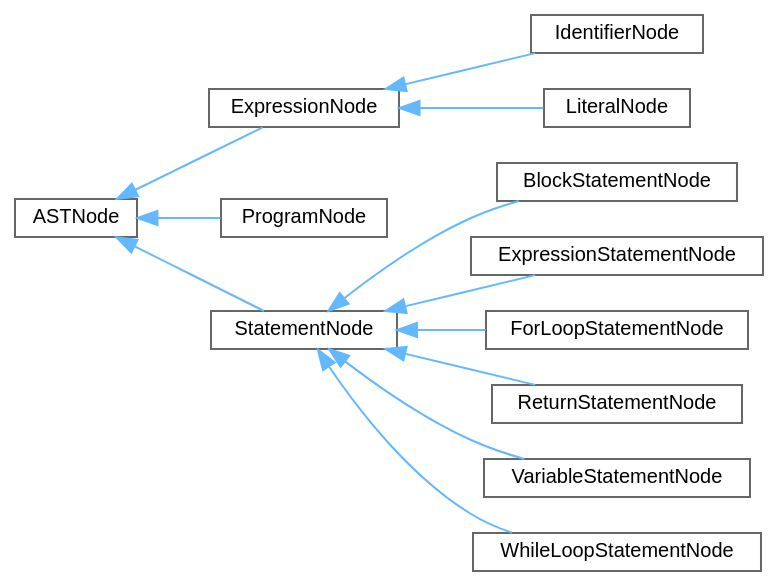
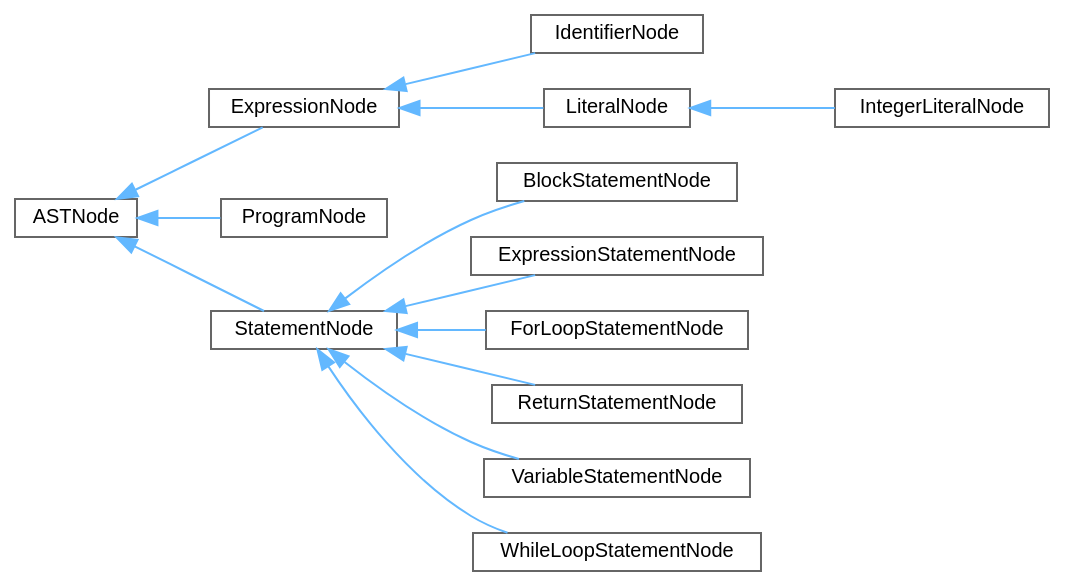
One commit to kejunp/kejunp.github.io changed the diagram in pebbl/docs/inherit_graph_0.dot. Above: the diagram before and after it, drawn with Graphviz. The commit also changed 28 other files, not shown here.

```diff
--- a/pebbl/docs/inherit_graph_0.dot
+++ b/pebbl/docs/inherit_graph_0.dot
@@ -1,31 +1,33 @@
 digraph "Graphical Class Hierarchy"
 {
  // LATEX_PDF_SIZE
   bgcolor="transparent";
   edge [fontname=Helvetica,fontsize=10,labelfontname=Helvetica,labelfontsize=10];
   node [fontname=Helvetica,fontsize=10,shape=box,height=0.2,width=0.4];
   rankdir="LR";
   Node0 [id="Node000000",label="ASTNode",height=0.2,width=0.4,color="grey40", fillcolor="white", style="filled",URL="$structASTNode.html",tooltip="Base class of all AST nodes."];
   Node0 -> Node1 [id="edge1_Node000000_Node000001",dir="back",color="steelblue1",style="solid",tooltip=" "];
   Node1 [id="Node000001",label="ExpressionNode",height=0.2,width=0.4,color="grey40", fillcolor="white", style="filled",URL="$structExpressionNode.html",tooltip="Base class for all expressions."];
   Node1 -> Node2 [id="edge2_Node000001_Node000002",dir="back",color="steelblue1",style="solid",tooltip=" "];
   Node2 [id="Node000002",label="IdentifierNode",height=0.2,width=0.4,color="grey40", fillcolor="white", style="filled",URL="$structIdentifierNode.html",tooltip="A identifier."];
   Node1 -> Node3 [id="edge3_Node000001_Node000003",dir="back",color="steelblue1",style="solid",tooltip=" "];
   Node3 [id="Node000003",label="LiteralNode",height=0.2,width=0.4,color="grey40", fillcolor="white", style="filled",URL="$structLiteralNode.html",tooltip="Base class for all literals."];
-  Node0 -> Node4 [id="edge4_Node000000_Node000004",dir="back",color="steelblue1",style="solid",tooltip=" "];
-  Node4 [id="Node000004",label="ProgramNode",height=0.2,width=0.4,color="grey40", fillcolor="white", style="filled",URL="$structProgramNode.html",tooltip="The root of all ASTs (sorta like a block statement, but the block is global)"];
+  Node3 -> Node4 [id="edge4_Node000003_Node000004",dir="back",color="steelblue1",style="solid",tooltip=" "];
+  Node4 [id="Node000004",label="IntegerLiteralNode",height=0.2,width=0.4,color="grey40", fillcolor="white", style="filled",URL="$structIntegerLiteralNode.html",tooltip="A integer literal."];
   Node0 -> Node5 [id="edge5_Node000000_Node000005",dir="back",color="steelblue1",style="solid",tooltip=" "];
-  Node5 [id="Node000005",label="StatementNode",height=0.2,width=0.4,color="grey40", fillcolor="white", style="filled",URL="$structStatementNode.html",tooltip="Base class for all statements."];
-  Node5 -> Node6 [id="edge6_Node000005_Node000006",dir="back",color="steelblue1",style="solid",tooltip=" "];
-  Node6 [id="Node000006",label="BlockStatementNode",height=0.2,width=0.4,color="grey40", fillcolor="white", style="filled",URL="$structBlockStatementNode.html",tooltip="A block statement { [statements... ] }."];
-  Node5 -> Node7 [id="edge7_Node000005_Node000007",dir="back",color="steelblue1",style="solid",tooltip=" "];
-  Node7 [id="Node000007",label="ExpressionStatementNode",height=0.2,width=0.4,color="grey40", fillcolor="white", style="filled",URL="$structExpressionStatementNode.html",tooltip="A wrapper around a expression (but it is a statement)"];
-  Node5 -> Node8 [id="edge8_Node000005_Node000008",dir="back",color="steelblue1",style="solid",tooltip=" "];
-  Node8 [id="Node000008",label="ForLoopStatementNode",height=0.2,width=0.4,color="grey40", fillcolor="white", style="filled",URL="$structForLoopStatementNode.html",tooltip=" "];
-  Node5 -> Node9 [id="edge9_Node000005_Node000009",dir="back",color="steelblue1",style="solid",tooltip=" "];
-  Node9 [id="Node000009",label="ReturnStatementNode",height=0.2,width=0.4,color="grey40", fillcolor="white", style="filled",URL="$structReturnStatementNode.html",tooltip="A return statement (different from a implicit return, e.g. 5; will become a expression statement,..."];
-  Node5 -> Node10 [id="edge10_Node000005_Node000010",dir="back",color="steelblue1",style="solid",tooltip=" "];
-  Node10 [id="Node000010",label="VariableStatementNode",height=0.2,width=0.4,color="grey40", fillcolor="white", style="filled",URL="$structVariableStatementNode.html",tooltip="A variable declaration/definition: let immut = 5; var mut = 5; etc."];
-  Node5 -> Node11 [id="edge11_Node000005_Node000011",dir="back",color="steelblue1",style="solid",tooltip=" "];
-  Node11 [id="Node000011",label="WhileLoopStatementNode",height=0.2,width=0.4,color="grey40", fillcolor="white", style="filled",URL="$structWhileLoopStatementNode.html",tooltip="A while loop (e.g., while x < y { let x = 5 let y = 4;})"];
+  Node5 [id="Node000005",label="ProgramNode",height=0.2,width=0.4,color="grey40", fillcolor="white", style="filled",URL="$structProgramNode.html",tooltip="The root of all ASTs (sorta like a block statement, but the block is global)"];
+  Node0 -> Node6 [id="edge6_Node000000_Node000006",dir="back",color="steelblue1",style="solid",tooltip=" "];
+  Node6 [id="Node000006",label="StatementNode",height=0.2,width=0.4,color="grey40", fillcolor="white", style="filled",URL="$structStatementNode.html",tooltip="Base class for all statements."];
+  Node6 -> Node7 [id="edge7_Node000006_Node000007",dir="back",color="steelblue1",style="solid",tooltip=" "];
+  Node7 [id="Node000007",label="BlockStatementNode",height=0.2,width=0.4,color="grey40", fillcolor="white", style="filled",URL="$structBlockStatementNode.html",tooltip="A block statement { [statements... ] }."];
+  Node6 -> Node8 [id="edge8_Node000006_Node000008",dir="back",color="steelblue1",style="solid",tooltip=" "];
+  Node8 [id="Node000008",label="ExpressionStatementNode",height=0.2,width=0.4,color="grey40", fillcolor="white", style="filled",URL="$structExpressionStatementNode.html",tooltip="A wrapper around a expression (but it is a statement)"];
+  Node6 -> Node9 [id="edge9_Node000006_Node000009",dir="back",color="steelblue1",style="solid",tooltip=" "];
+  Node9 [id="Node000009",label="ForLoopStatementNode",height=0.2,width=0.4,color="grey40", fillcolor="white", style="filled",URL="$structForLoopStatementNode.html",tooltip=" "];
+  Node6 -> Node10 [id="edge10_Node000006_Node000010",dir="back",color="steelblue1",style="solid",tooltip=" "];
+  Node10 [id="Node000010",label="ReturnStatementNode",height=0.2,width=0.4,color="grey40", fillcolor="white", style="filled",URL="$structReturnStatementNode.html",tooltip="A return statement (different from a implicit return, e.g. 5; will become a expression statement,..."];
+  Node6 -> Node11 [id="edge11_Node000006_Node000011",dir="back",color="steelblue1",style="solid",tooltip=" "];
+  Node11 [id="Node000011",label="VariableStatementNode",height=0.2,width=0.4,color="grey40", fillcolor="white", style="filled",URL="$structVariableStatementNode.html",tooltip="A variable declaration/definition: let immut = 5; var mut = 5; etc."];
+  Node6 -> Node12 [id="edge12_Node000006_Node000012",dir="back",color="steelblue1",style="solid",tooltip=" "];
+  Node12 [id="Node000012",label="WhileLoopStatementNode",height=0.2,width=0.4,color="grey40", fillcolor="white", style="filled",URL="$structWhileLoopStatementNode.html",tooltip="A while loop (e.g., while x < y { let x = 5 let y = 4;})"];
 }
```
